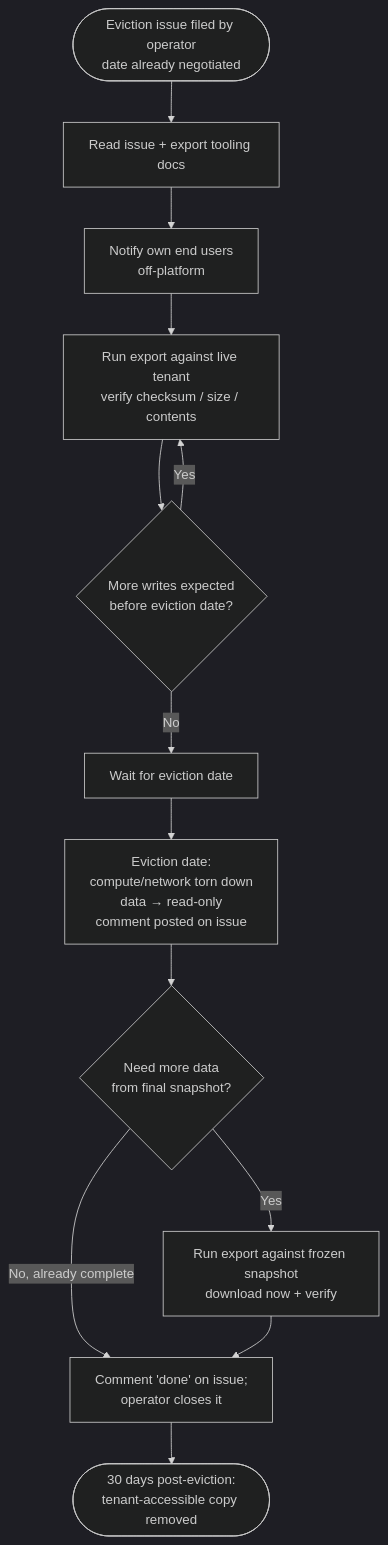
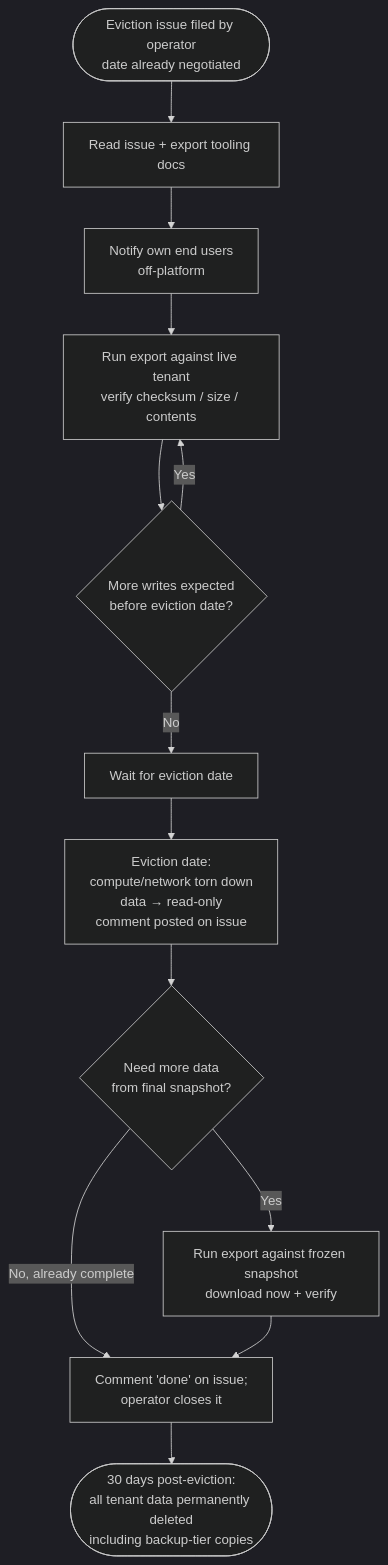
One commit to Zaba505/infra changed the diagram in docs/content/capabilities/self-hosted-application-platform/user-experiences/move-off-the-platform-after-eviction.md. Above: the diagram before and after it, drawn with Mermaid (dark theme). The commit also changed other lines of this file and 12 other files, not shown here.

````diff
--- a/docs/content/capabilities/self-hosted-application-platform/user-experiences/move-off-the-platform-after-eviction.md
+++ b/docs/content/capabilities/self-hosted-application-platform/user-experiences/move-off-the-platform-after-eviction.md
@@ -78,15 +78,15 @@
 ```mermaid
 flowchart TD
     Start([Eviction issue filed by operator<br/>date already negotiated]) --> Read[Read issue + export tooling docs]
     Read --> Notify[Notify own end users<br/>off-platform]
     Notify --> ExportLive[Run export against live tenant<br/>verify checksum / size / contents]
     ExportLive --> Iter{More writes expected<br/>before eviction date?}
     Iter -->|Yes| ExportLive
     Iter -->|No| Wait[Wait for eviction date]
     Wait --> Cutover[Eviction date:<br/>compute/network torn down<br/>data → read-only<br/>comment posted on issue]
     Cutover --> PhaseC{Need more data<br/>from final snapshot?}
     PhaseC -->|Yes| ExportFinal[Run export against frozen snapshot<br/>download now + verify]
     PhaseC -->|No, already complete| Done
     ExportFinal --> Done[Comment 'done' on issue;<br/>operator closes it]
-    Done --> RetentionEnds([30 days post-eviction:<br/>tenant-accessible copy removed])
+    Done --> RetentionEnds([30 days post-eviction:<br/>all tenant data permanently deleted<br/>including backup-tier copies])
 ```
````
